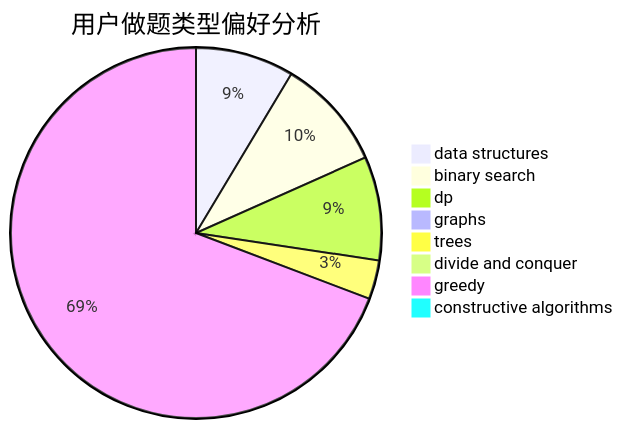
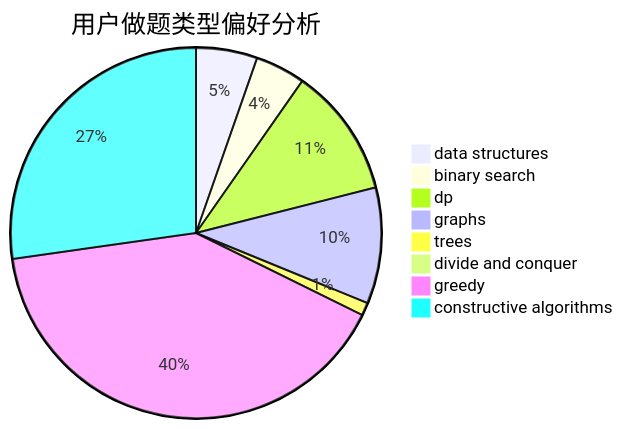
The second of 3 diagrams in docs/user/u1518.md (sherpahu/cfrs.github.io), drawn with Mermaid before and after one commit. The commit also changed other lines of this file and 2770 other files, not shown here.

````diff
--- a/docs/user/u1518.md
+++ b/docs/user/u1518.md
@@ -23,11 +23,11 @@
 ```mermaid
 pie title 用户做题类型偏好分析
-    "data structures" :  38
-    "binary search" :  43
-    "dp" :  40
-    "graphs" :  0
-    "trees" :  15
+    "data structures" :  76
+    "binary search" :  62
+    "dp" :  161
+    "graphs" :  144
+    "trees" :  16
     "divide and conquer" :  0
-    "greedy" :  306
-    "constructive algorithms" :  0
+    "greedy" :  575
+    "constructive algorithms" :  387
 ```
````
